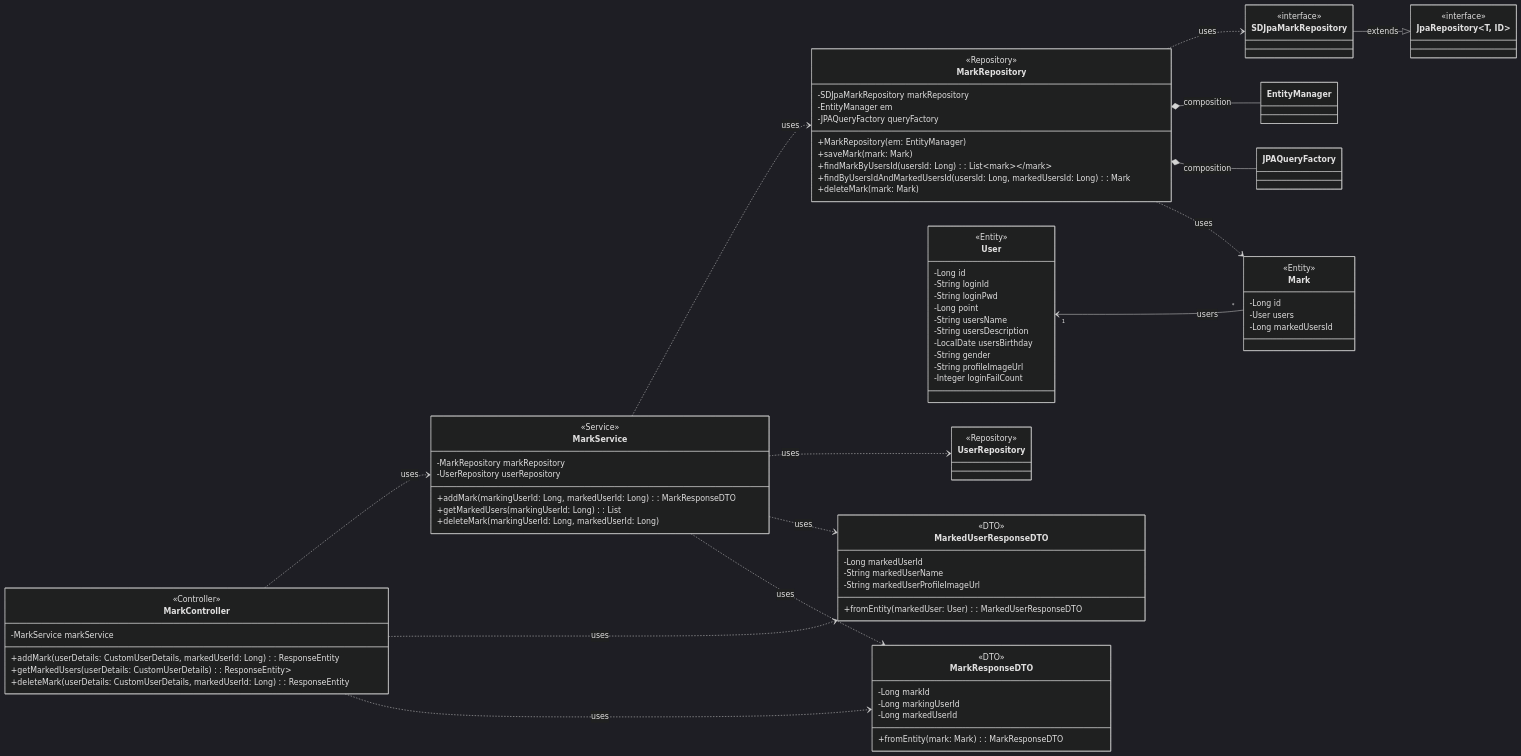
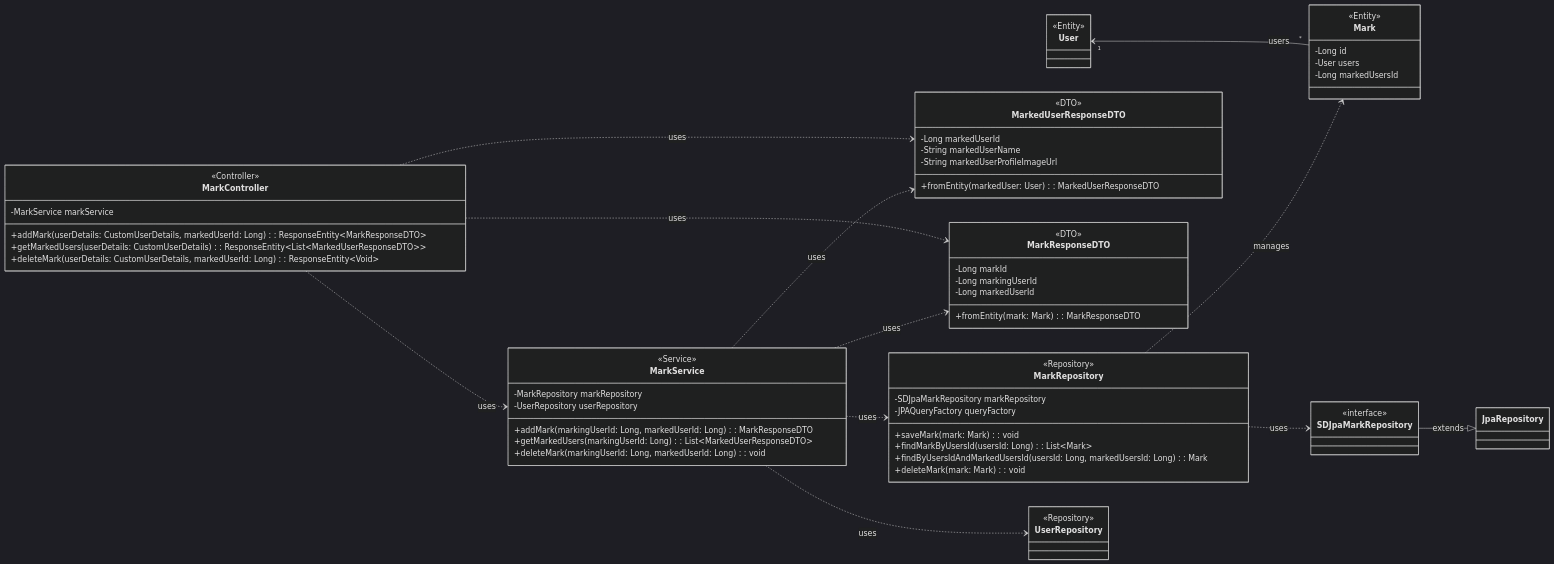
The diagram in SDS/classDiagram/markClassDiagram.md (rororo33/game-s-cord), drawn with Mermaid (dark theme) before and after one commit. The commit also changed other lines of this file and 11 other files, not shown here.

Commit message:
fix: 클래스 다이어그램 수정

````diff
--- a/SDS/classDiagram/markClassDiagram.md
+++ b/SDS/classDiagram/markClassDiagram.md
@@ -7,9 +7,9 @@
     class MarkController {
         <<Controller>>
         -MarkService markService
-        +addMark(userDetails: CustomUserDetails, markedUserId: Long): ResponseEntity<MarkResponseDTO>
-        +getMarkedUsers(userDetails: CustomUserDetails): ResponseEntity<List<MarkedUserResponseDTO>>
-        +deleteMark(userDetails: CustomUserDetails, markedUserId: Long): ResponseEntity<Void>
+        +addMark(userDetails: CustomUserDetails, markedUserId: Long): ResponseEntity~MarkResponseDTO~
+        +getMarkedUsers(userDetails: CustomUserDetails): ResponseEntity~List~MarkedUserResponseDTO~~
+        +deleteMark(userDetails: CustomUserDetails, markedUserId: Long): ResponseEntity~Void~
     }
 
     class MarkService {
@@ -17,20 +17,18 @@
         -MarkRepository markRepository
         -UserRepository userRepository
         +addMark(markingUserId: Long, markedUserId: Long): MarkResponseDTO
-        +getMarkedUsers(markingUserId: Long): List<MarkedUserResponseDTO>
-        +deleteMark(markingUserId: Long, markedUserId: Long)
+        +getMarkedUsers(markingUserId: Long): List~MarkedUserResponseDTO~
+        +deleteMark(markingUserId: Long, markedUserId: Long): void
     }
 
     class MarkRepository {
         <<Repository>>
         -SDJpaMarkRepository markRepository
-        -EntityManager em
         -JPAQueryFactory queryFactory
-        +MarkRepository(em: EntityManager)
-        +saveMark(mark: Mark)
-        +findMarkByUsersId(usersId: Long): List<Mark>
+        +saveMark(mark: Mark): void
+        +findMarkByUsersId(usersId: Long): List~Mark~
         +findByUsersIdAndMarkedUsersId(usersId: Long, markedUsersId: Long): Mark
-        +deleteMark(mark: Mark)
+        +deleteMark(mark: Mark): void
     }
 
     class Mark {
@@ -38,38 +36,6 @@
         -Long id
         -User users
         -Long markedUsersId
-    }
-
-    class User {
-        <<Entity>>
-        -Long id
-        -String loginId
-        -String loginPwd
-        -Long point
-        -String usersName
-        -String usersDescription
-        -LocalDate usersBirthday
-        -String gender
-        -String profileImageUrl
-        -Integer loginFailCount
-    }
-
-    class SDJpaMarkRepository {
-        <<interface>>
-    }
-
-    class UserRepository {
-        <<Repository>>
-    }
-
-    class EntityManager {
-    }
-
-    class JPAQueryFactory {
-    }
-
-    class JpaRepository~T, ID~ {
-        <<interface>>
     }
 
     class MarkedUserResponseDTO {
@@ -88,18 +54,20 @@
         +fromEntity(mark: Mark): MarkResponseDTO
     }
 
+    class User { <<Entity>> }
+    class UserRepository { <<Repository>> }
+    class SDJpaMarkRepository { <<interface>> }
+    
     %% Relationships
     MarkController ..> MarkService : uses
     MarkService ..> MarkRepository : uses
     MarkService ..> UserRepository : uses
+    MarkRepository ..> SDJpaMarkRepository : uses
     SDJpaMarkRepository --|> JpaRepository : extends
-    MarkRepository ..> SDJpaMarkRepository : uses
-    MarkRepository *-- EntityManager : composition
-    MarkRepository *-- JPAQueryFactory : composition
-    MarkRepository ..> Mark : uses
     User "1" <-- "*" Mark : users
+    MarkController ..> MarkResponseDTO : uses
     MarkController ..> MarkedUserResponseDTO : uses
-    MarkController ..> MarkResponseDTO : uses
+    MarkService ..> MarkResponseDTO : uses
     MarkService ..> MarkedUserResponseDTO : uses
-    MarkService ..> MarkResponseDTO : uses
+    MarkRepository ..> Mark : manages
 ```
````
